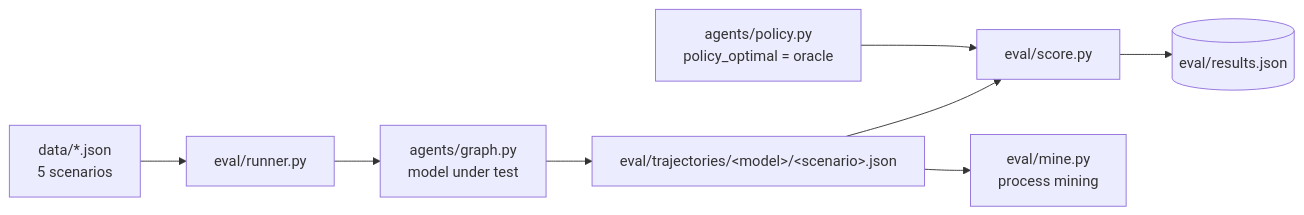
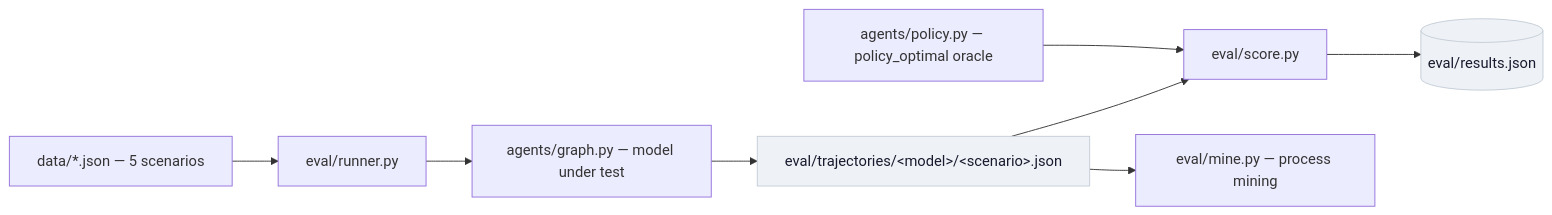
Before and after one commit to San7122/triluxo-carrier-rerouting: the third of 6 diagrams in docs/technical_documentation.md, drawn with Mermaid. The commit also changed other lines of this file, not shown here.

````diff
--- a/docs/technical_documentation.md
+++ b/docs/technical_documentation.md
@@ -167,10 +175,12 @@
 ```mermaid
 flowchart LR
-    SC[data/*.json<br/>5 scenarios] --> RUN[eval/runner.py]
-    RUN --> GR[agents/graph.py<br/>model under test]
+    SC[data/*.json — 5 scenarios] --> RUN[eval/runner.py]
+    RUN --> GR[agents/graph.py — model under test]
     GR --> TR[eval/trajectories/&lt;model&gt;/&lt;scenario&gt;.json]
-    POL[agents/policy.py<br/>policy_optimal = oracle] --> SCO[eval/score.py]
+    POL[agents/policy.py — policy_optimal oracle] --> SCO[eval/score.py]
     TR --> SCO
     SCO --> RES[(eval/results.json)]
-    TR --> MINE[eval/mine.py<br/>process mining]
+    TR --> MINE[eval/mine.py — process mining]
+    classDef store fill:#EEF2F6,color:#1A1A2E,stroke:#c3ccd6;
+    class RES,TR store;
 ```
````
